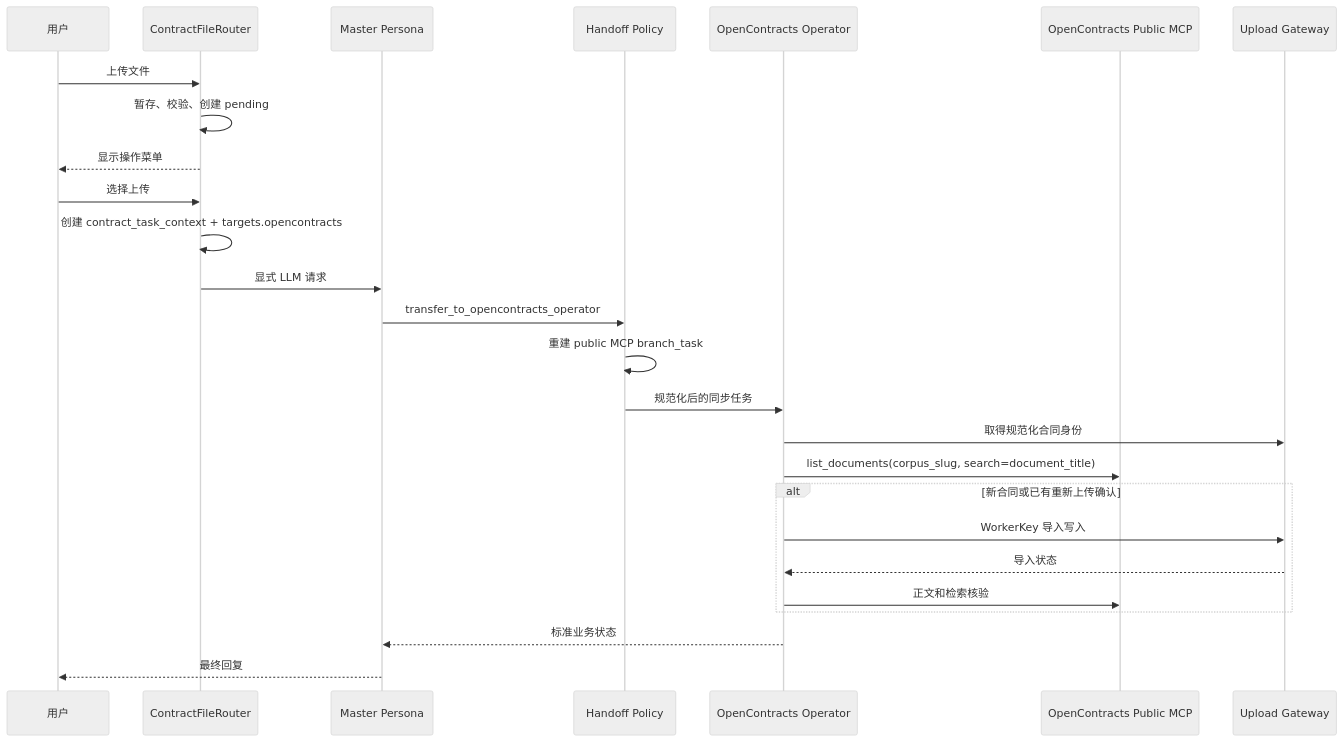
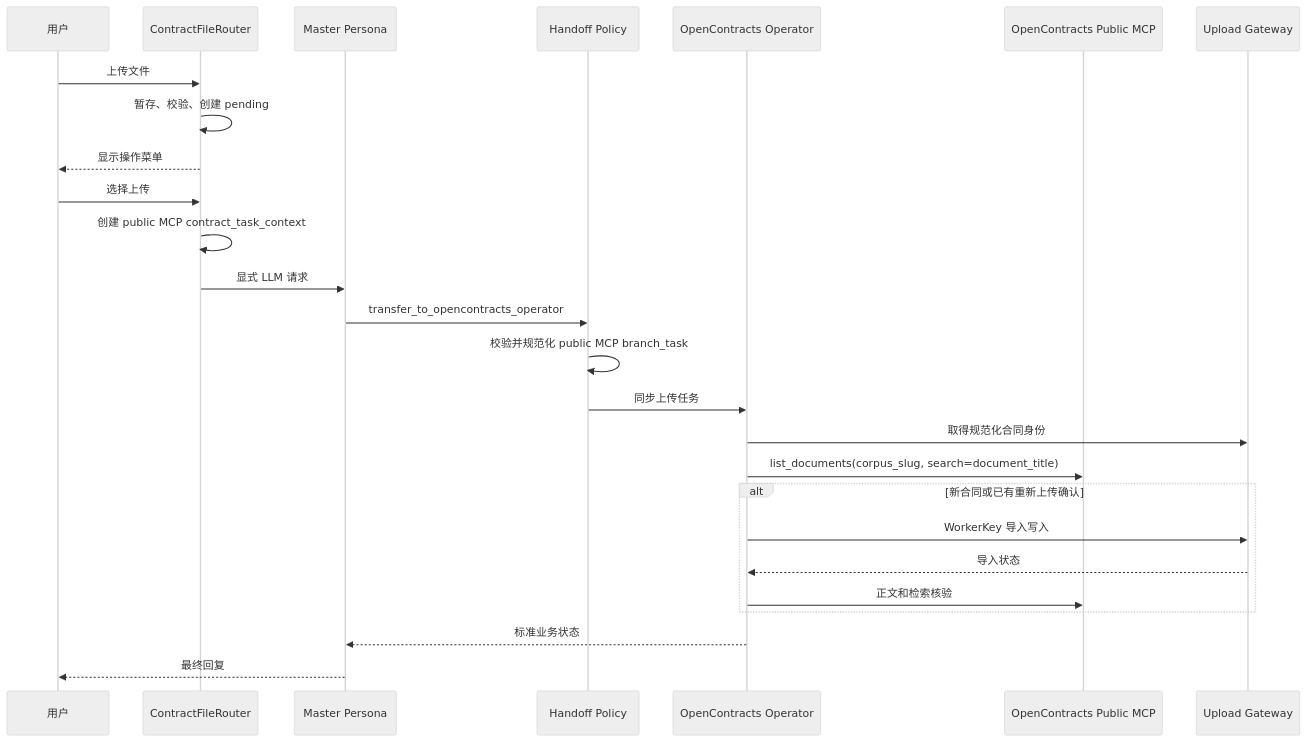
Before and after one commit to Ri0n72Y/ContractBotConfig: the third of 3 diagrams in plugins/astrbot_plugin_contract_file_router/README.md, drawn with Mermaid (neutral theme). The commit also changed other lines of this file, not shown here.

Commit message:
Document Router public MCP source cleanup

````diff
--- a/plugins/astrbot_plugin_contract_file_router/README.md
+++ b/plugins/astrbot_plugin_contract_file_router/README.md
@@ -80,29 +80,29 @@
 ```mermaid
 sequenceDiagram
     participant U as 用户
     participant R as ContractFileRouter
     participant M as Master Persona
     participant H as Handoff Policy
     participant O as OpenContracts Operator
     participant MCP as OpenContracts Public MCP
     participant G as Upload Gateway
 
     U->>R: 上传文件
     R->>R: 暂存、校验、创建 pending
     R-->>U: 显示操作菜单
     U->>R: 选择上传
-    R->>R: 创建 contract_task_context + targets.opencontracts
+    R->>R: 创建 public MCP contract_task_context
     R->>M: 显式 LLM 请求
     M->>H: transfer_to_opencontracts_operator
-    H->>H: 重建 public MCP branch_task
-    H->>O: 规范化后的同步任务
+    H->>H: 校验并规范化 public MCP branch_task
+    H->>O: 同步上传任务
     O->>G: 取得规范化合同身份
     O->>MCP: list_documents(corpus_slug, search=document_title)
     alt 新合同或已有重新上传确认
         O->>G: WorkerKey 导入写入
         G-->>O: 导入状态
         O->>MCP: 正文和检索核验
     end
     O-->>M: 标准业务状态
     M-->>U: 最终回复
 ```
````
